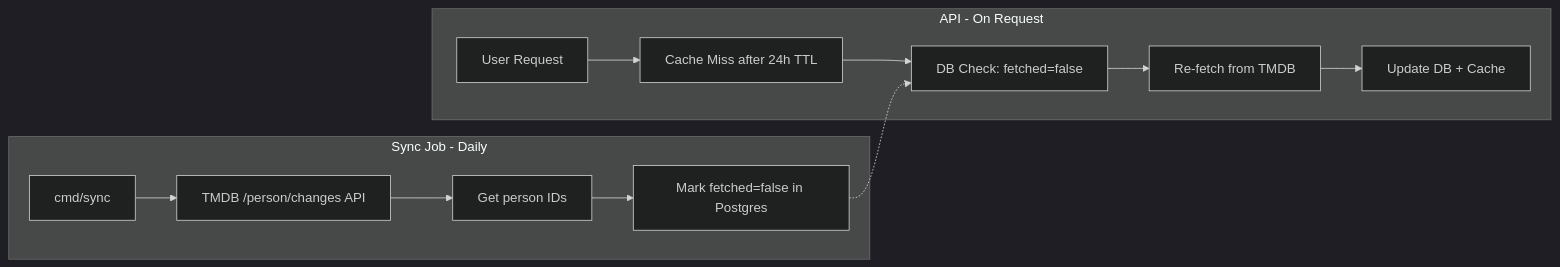
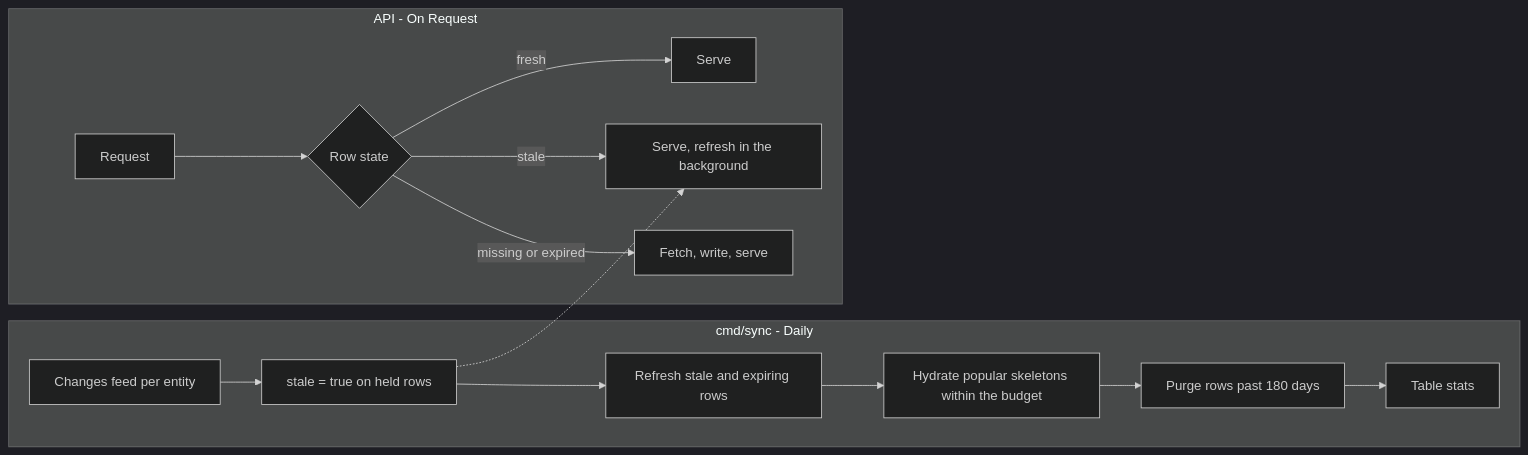
Before and after one commit to rossbrandon/minimovie-api: the second of 2 diagrams in README.md, drawn with Mermaid (dark theme). The commit also changed other lines of this file and 3 other files, not shown here.

````diff
--- a/README.md
+++ b/README.md
@@ -315,17 +301,19 @@
 ```mermaid
 flowchart LR
-    subgraph sync_job [Sync Job - Daily]
-        A[cmd/sync] --> B[TMDB /person/changes API]
-        B --> C[Get person IDs]
-        C --> D[Mark fetched=false in Postgres]
+    subgraph sync_job [cmd/sync - Daily]
+        A[Changes feed per entity] --> B[stale = true on held rows]
+        B --> C[Refresh stale and expiring rows]
+        C --> D[Hydrate popular skeletons within the budget]
+        D --> E[Purge rows past 180 days]
+        E --> F[Table stats]
     end
 
     subgraph api [API - On Request]
-        E[User Request] --> F[Cache Miss after 24h TTL]
-        F --> G[DB Check: fetched=false]
-        G --> H[Re-fetch from TMDB]
-        H --> I[Update DB + Cache]
+        G[Request] --> H{Row state}
+        H -->|fresh| I[Serve]
+        H -->|stale| J[Serve, refresh in the background]
+        H -->|missing or expired| K[Fetch, write, serve]
     end
 
-    D -.-> G
+    B -.-> J
 ```
````
